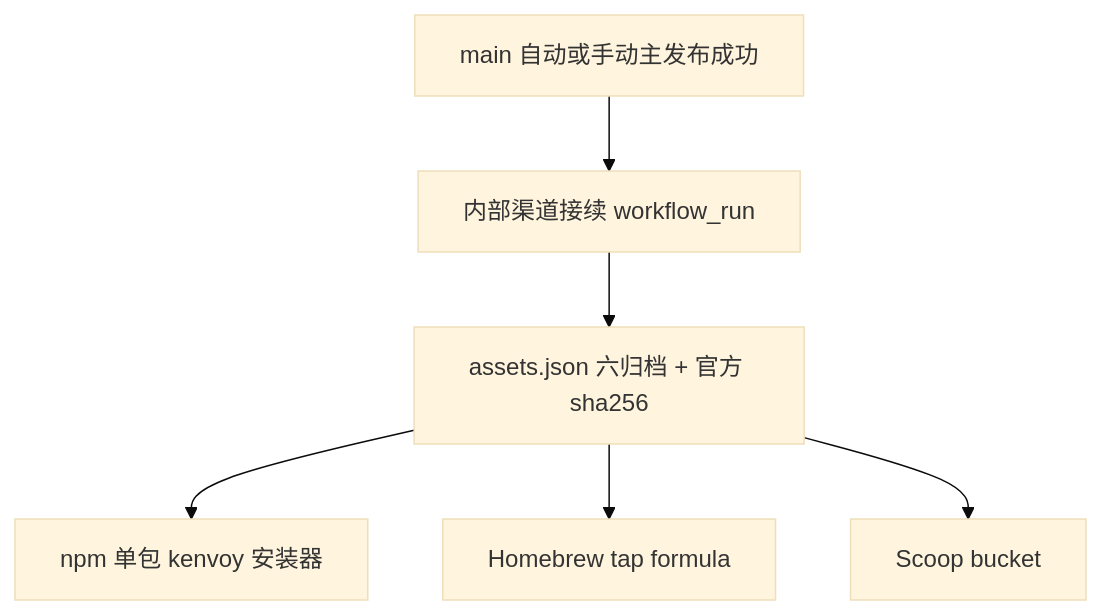
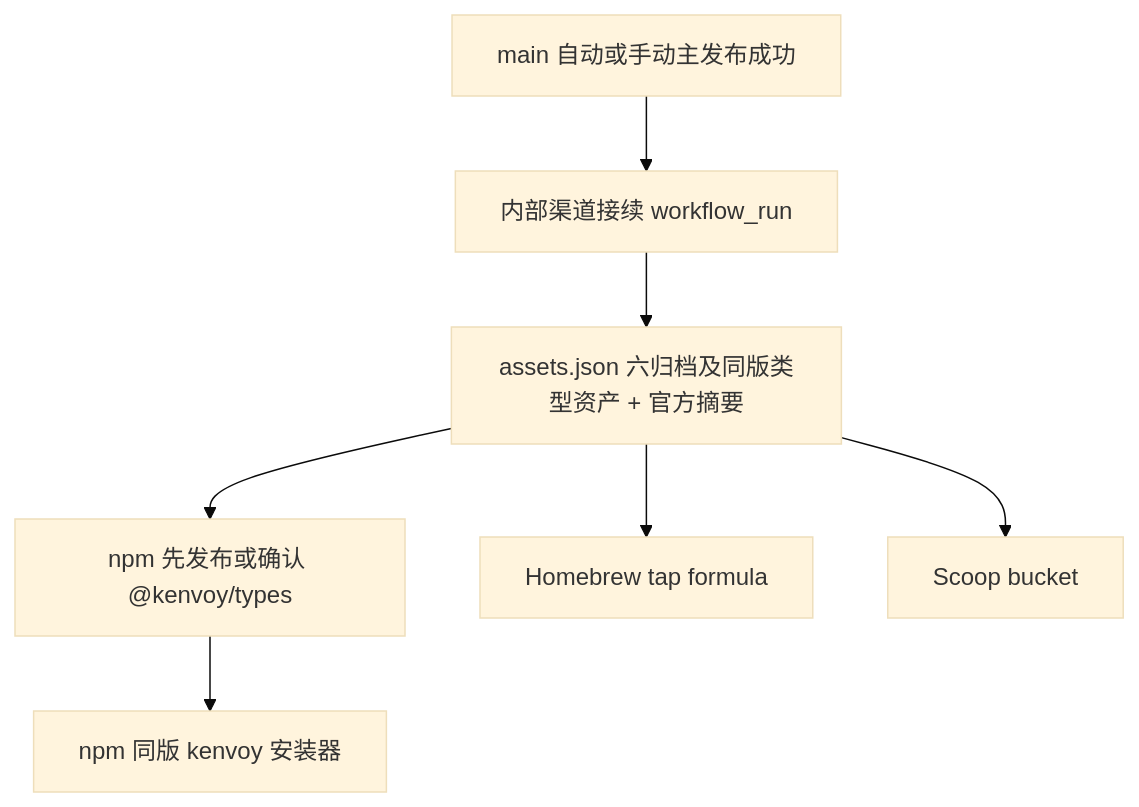
Before and after one commit to zerobiubiu/kenvoy: the diagram in docs/operations/distribution-channels.md, drawn with Mermaid (base theme). The commit also changed other lines of this file and 74 other files, not shown here.

````diff
--- a/docs/operations/distribution-channels.md
+++ b/docs/operations/distribution-channels.md
@@ -7,8 +7,9 @@
 ```mermaid
 flowchart TD
   A[main 自动或手动主发布成功] --> B[内部渠道接续 workflow_run]
-  B --> C[assets.json 六归档 + 官方 sha256]
-  C --> D[npm 单包 kenvoy 安装器]
+  B --> C[assets.json 六归档及同版类型资产 + 官方摘要]
+  C --> T[npm 先发布或确认 @kenvoy/types]
+  T --> D[npm 同版 kenvoy 安装器]
   C --> E[Homebrew tap formula]
   C --> F[Scoop bucket]
 ```
````
